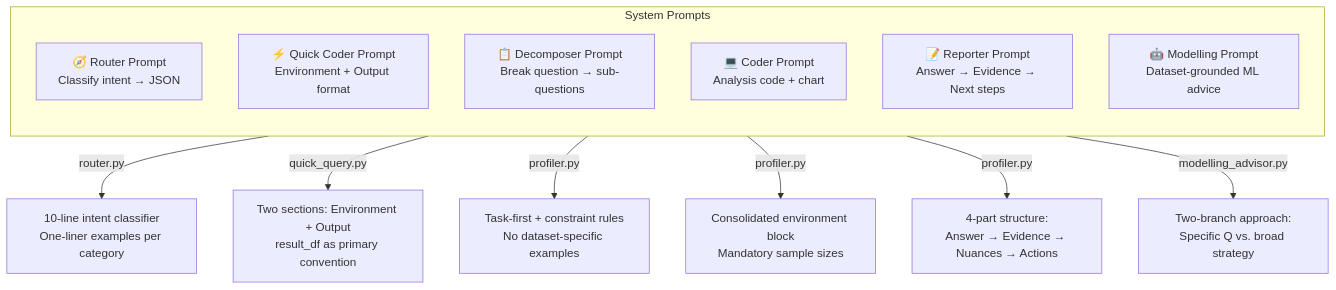
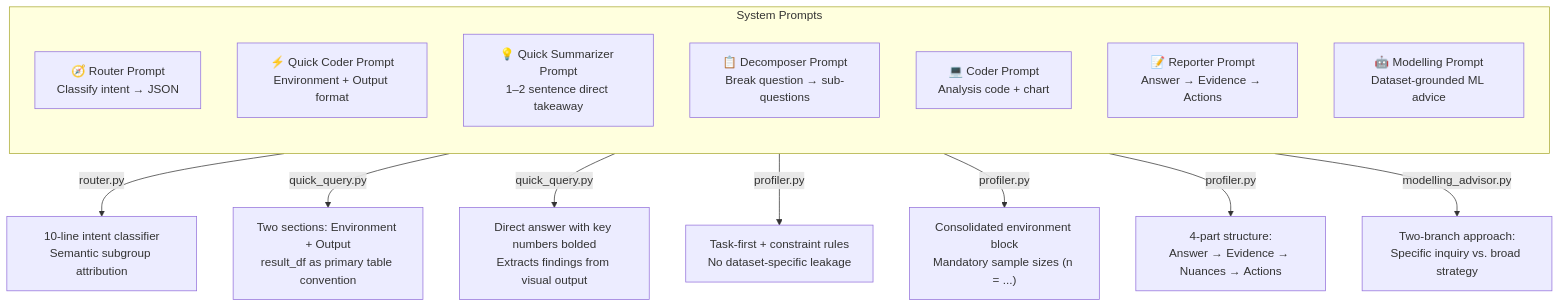
Before and after one commit to Deathslayer007/EDA-Agent: the sixth of 6 diagrams in README.md, drawn with Mermaid. The commit also changed other lines of this file and 3 other files, not shown here.

Commit message:
added summarizer to quick_query

````diff
--- a/README.md
+++ b/README.md
@@ -235,19 +250,21 @@
 ```mermaid
 flowchart TD
     subgraph Prompts ["System Prompts"]
         direction TB
         RP["🧭 Router Prompt\nClassify intent → JSON"]
         QP["⚡ Quick Coder Prompt\nEnvironment + Output format"]
+        QS["💡 Quick Summarizer Prompt\n1–2 sentence direct takeaway"]
         DP["📋 Decomposer Prompt\nBreak question → sub-questions"]
         CP["💻 Coder Prompt\nAnalysis code + chart"]
-        RPT["📝 Reporter Prompt\nAnswer → Evidence → Next steps"]
+        RPT["📝 Reporter Prompt\nAnswer → Evidence → Actions"]
         MP["🤖 Modelling Prompt\nDataset-grounded ML advice"]
     end
 
-    RP --> |"router.py"| R1["10-line intent classifier\nOne-liner examples per category"]
-    QP --> |"quick_query.py"| R2["Two sections: Environment + Output\nresult_df as primary convention"]
-    DP --> |"profiler.py"| R3["Task-first + constraint rules\nNo dataset-specific examples"]
-    CP --> |"profiler.py"| R4["Consolidated environment block\nMandatory sample sizes"]
+    RP --> |"router.py"| R1["10-line intent classifier\nSemantic subgroup attribution"]
+    QP --> |"quick_query.py"| R2["Two sections: Environment + Output\nresult_df as primary table convention"]
+    QS --> |"quick_query.py"| R7["Direct answer with key numbers bolded\nExtracts findings from visual output"]
+    DP --> |"profiler.py"| R3["Task-first + constraint rules\nNo dataset-specific leakage"]
+    CP --> |"profiler.py"| R4["Consolidated environment block\nMandatory sample sizes (n = ...)"]
     RPT --> |"profiler.py"| R5["4-part structure:\nAnswer → Evidence → Nuances → Actions"]
-    MP --> |"modelling_advisor.py"| R6["Two-branch approach:\nSpecific Q vs. broad strategy"]
+    MP --> |"modelling_advisor.py"| R6["Two-branch approach:\nSpecific inquiry vs. broad strategy"]
 ```
````
